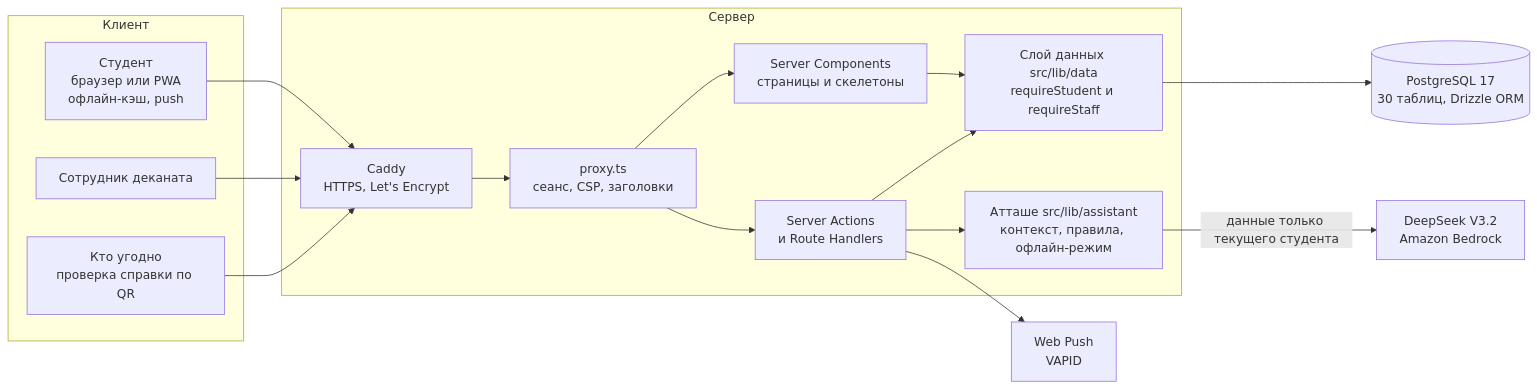
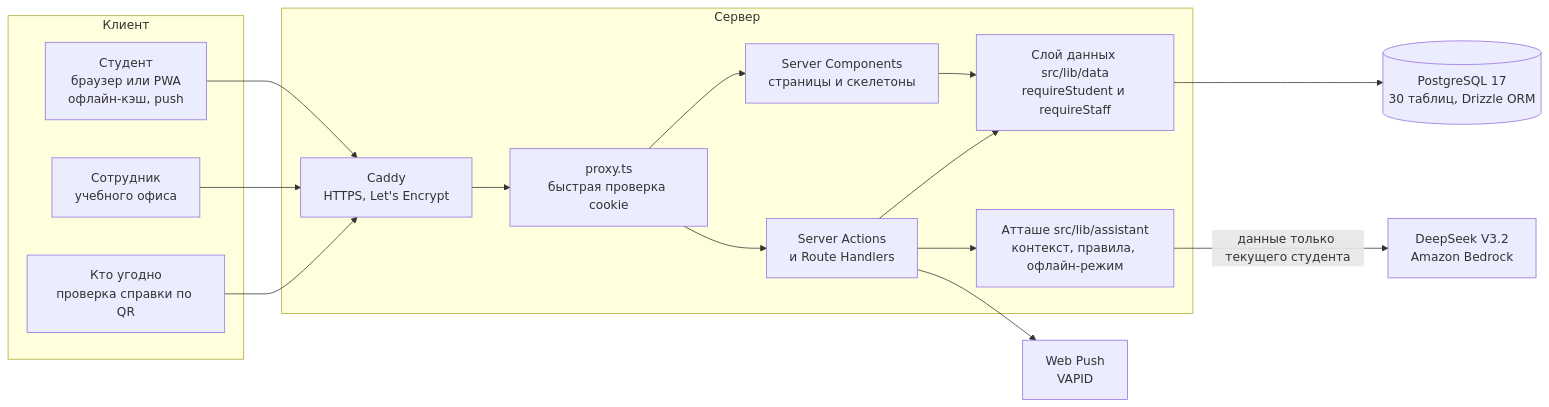
The first of 2 diagrams in README.md (dudlecode/mgimo-hub), drawn with Mermaid before and after one commit. The commit also changed other lines of this file and 84 other files, not shown here.

````diff
--- a/README.md
+++ b/README.md
@@ -187,34 +190,34 @@
 ```mermaid
 flowchart LR
   subgraph client["Клиент"]
     ST["Студент<br/>браузер или PWA<br/>офлайн-кэш, push"]
-    SF["Сотрудник деканата"]
+    SF["Сотрудник<br/>учебного офиса"]
     PUB["Кто угодно<br/>проверка справки по QR"]
   end
 
   subgraph server["Сервер"]
     CADDY["Caddy<br/>HTTPS, Let's Encrypt"]
-    PROXY["proxy.ts<br/>сеанс, CSP, заголовки"]
+    PROXY["proxy.ts<br/>быстрая проверка cookie"]
     RSC["Server Components<br/>страницы и скелетоны"]
     ACT["Server Actions<br/>и Route Handlers"]
     DAL["Слой данных src/lib/data<br/>requireStudent и requireStaff"]
     AI["Атташе src/lib/assistant<br/>контекст, правила, офлайн-режим"]
   end
 
   DB[("PostgreSQL 17<br/>30 таблиц, Drizzle ORM")]
   LLM["DeepSeek V3.2<br/>Amazon Bedrock"]
   PUSH["Web Push<br/>VAPID"]
 
   ST --> CADDY
   SF --> CADDY
   PUB --> CADDY
   CADDY --> PROXY
   PROXY --> RSC
   PROXY --> ACT
   RSC --> DAL
   ACT --> DAL
   ACT --> AI
   AI -->|"данные только текущего студента"| LLM
   DAL --> DB
   ACT --> PUSH
 ```
````
